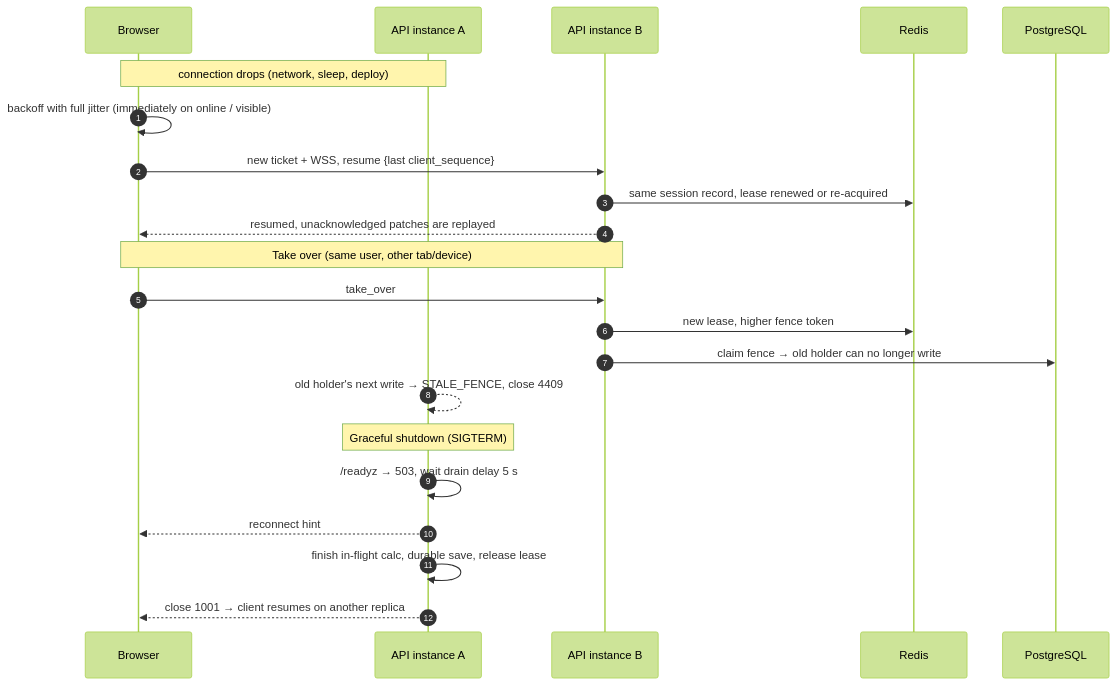
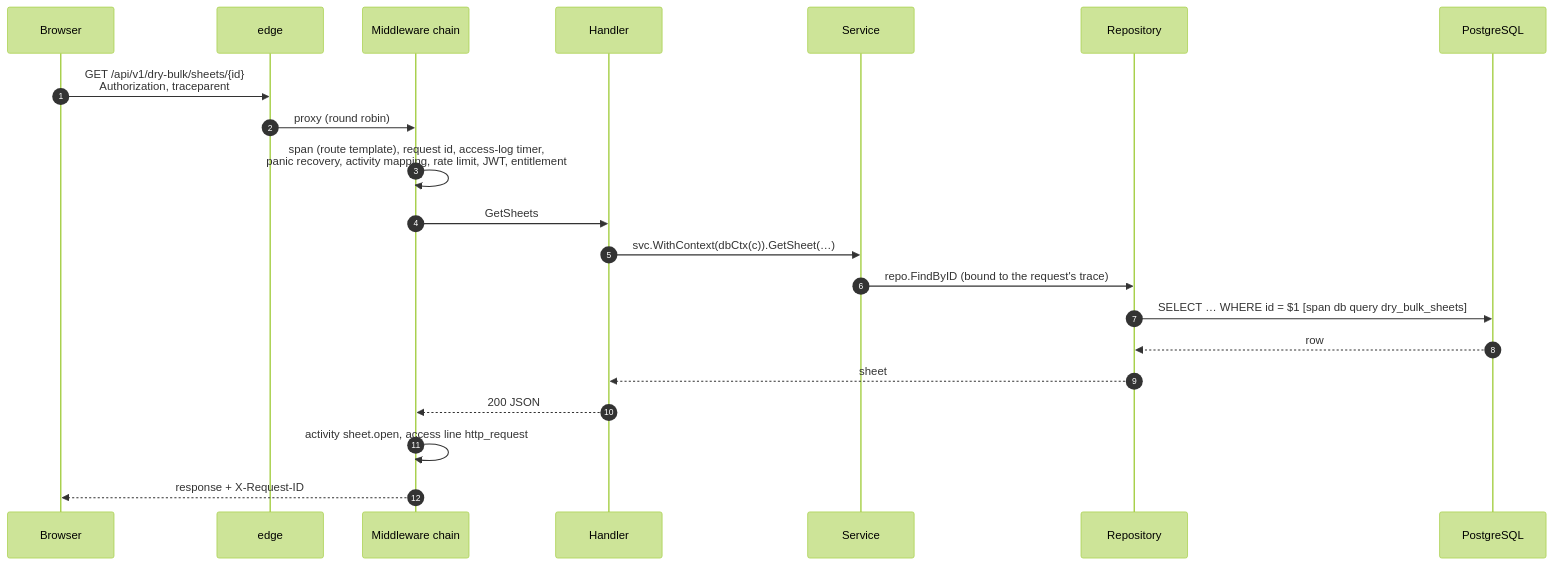
One commit to Animesh-na/NM-Deploy changed the eighth of 10 diagrams in ARCHITECTURE.md. Above: the diagram before and after it, drawn with Mermaid (forest theme). The commit also changed other lines of this file and 15 other files, not shown here.

First line of the commit message:
feat(observability): separate backend/frontend logs, user activity and request journey dashboards

````diff
--- a/ARCHITECTURE.md
+++ b/ARCHITECTURE.md
@@ -239,24 +248,23 @@
 ```mermaid
 sequenceDiagram
   autonumber
   participant B as Browser
-  participant A as API instance A
-  participant Bi as API instance B
-  participant R as Redis
+  participant E as edge
+  participant MW as Middleware chain
+  participant H as Handler
+  participant S as Service
+  participant RP as Repository
   participant PG as PostgreSQL
-  Note over B,A: connection drops (network, sleep, deploy)
-  B->>B: backoff with full jitter (immediately on online / visible)
-  B->>Bi: new ticket + WSS, resume {last client_sequence}
-  Bi->>R: same session record, lease renewed or re-acquired
-  Bi-->>B: resumed, unacknowledged patches are replayed
-  Note over B,Bi: Take over (same user, other tab/device)
-  B->>Bi: take_over
-  Bi->>R: new lease, higher fence token
-  Bi->>PG: claim fence → old holder can no longer write
-  A-->>A: old holder's next write → STALE_FENCE, close 4409
-  Note over A: Graceful shutdown (SIGTERM)
-  A->>A: /readyz → 503, wait drain delay 5 s
-  A-->>B: reconnect hint
-  A->>A: finish in-flight calc, durable save, release lease
-  A-->>B: close 1001 → client resumes on another replica
+  B->>E: GET /api/v1/dry-bulk/sheets/{id}<br/>Authorization, traceparent
+  E->>MW: proxy (round robin)
+  MW->>MW: span (route template), request id, access-log timer,<br/>panic recovery, activity mapping, rate limit, JWT, entitlement
+  MW->>H: GetSheets
+  H->>S: svc.WithContext(dbCtx(c)).GetSheet(…)
+  S->>RP: repo.FindByID (bound to the request's trace)
+  RP->>PG: SELECT … WHERE id = $1  [span db query dry_bulk_sheets]
+  PG-->>RP: row
+  RP-->>H: sheet
+  H-->>MW: 200 JSON
+  MW->>MW: activity sheet.open, access line http_request
+  MW-->>B: response + X-Request-ID
 ```
````
